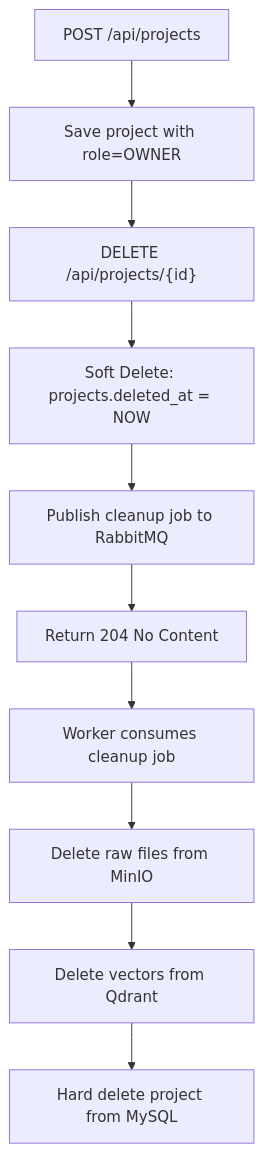
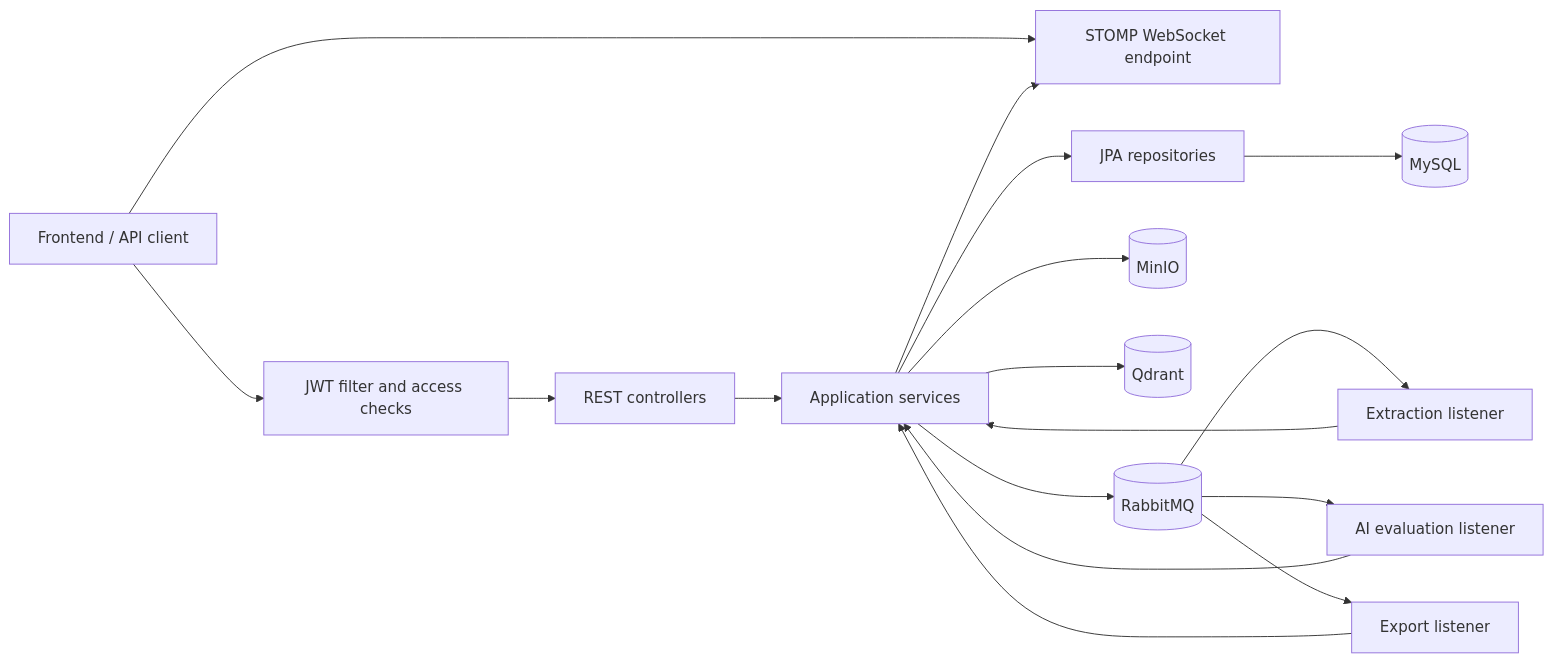
Before and after one commit to MinhKien17/SEP490_EvidencePilot: the second of 5 diagrams in System-Architecture.md, drawn with Mermaid. The commit also changed other lines of this file and 4 other files, not shown here.

Commit message:
docs:  README and system architecture

````diff
--- a/System-Architecture.md
+++ b/System-Architecture.md
@@ -159,12 +75,23 @@
 ```mermaid
-flowchart TD
-    Create["POST /api/projects"] --> SaveProj["Save project with role=OWNER"]
-    SaveProj --> DeleteReq["DELETE /api/projects/{id}"]
-    DeleteReq --> MarkDeleted["Soft Delete: projects.deleted_at = NOW"]
-    MarkDeleted --> PushCleanup["Publish cleanup job to RabbitMQ"]
-    PushCleanup --> Confirm["Return 204 No Content"]
-    Confirm --> ConsumeJob["Worker consumes cleanup job"]
-    ConsumeJob --> DropMinIO["Delete raw files from MinIO"]
-    DropMinIO --> DropQdrant["Delete vectors from Qdrant"]
-    DropQdrant --> HardDelete["Hard delete project from MySQL"]
+flowchart LR
+    CLIENT["Frontend / API client"] --> SECURITY["JWT filter and access checks"]
+    SECURITY --> API["REST controllers"]
+    CLIENT --> WS["STOMP WebSocket endpoint"]
+
+    API --> SERVICES["Application services"]
+    SERVICES --> REPOS["JPA repositories"]
+    REPOS --> MYSQL[("MySQL")]
+
+    SERVICES --> MINIO[("MinIO")]
+    SERVICES --> QDRANT[("Qdrant")]
+    SERVICES --> RABBIT[("RabbitMQ")]
+
+    RABBIT --> EX["Extraction listener"]
+    RABBIT --> AI["AI evaluation listener"]
+    RABBIT --> EXPORT["Export listener"]
+
+    EX --> SERVICES
+    AI --> SERVICES
+    EXPORT --> SERVICES
+    SERVICES --> WS
 ```
````
